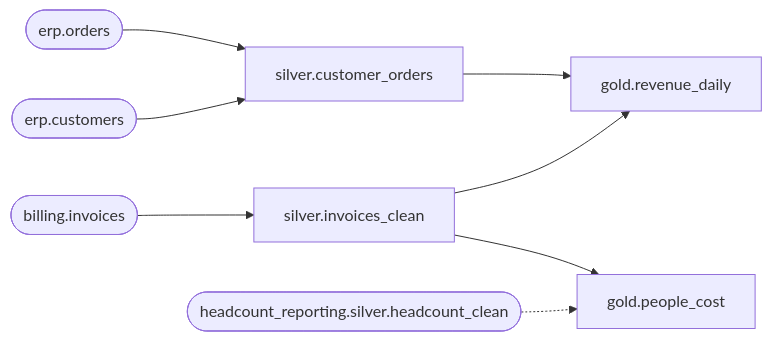
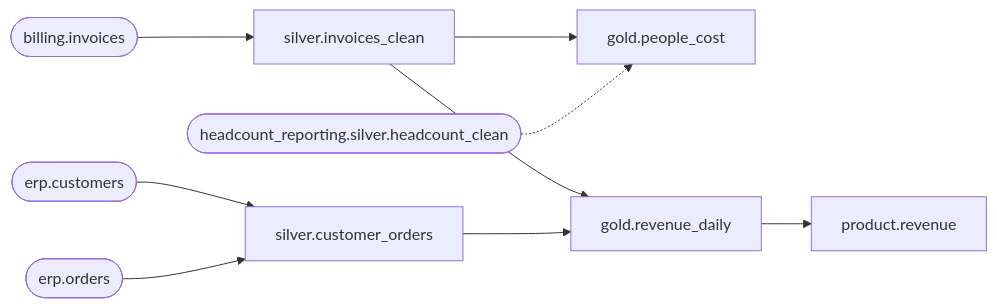
Before and after one commit to NitinKeshavB/framework: the diagram in framework_curation/finance/billing_reporting/PROJECT_MAP.md, drawn with Mermaid. The commit also changed other lines of this file and 24 other files, not shown here.

````diff
--- a/framework_curation/finance/billing_reporting/PROJECT_MAP.md
+++ b/framework_curation/finance/billing_reporting/PROJECT_MAP.md
@@ -29,14 +35,16 @@
 ```mermaid
 flowchart LR
   silver_customer_orders[silver.customer_orders]
   erp_customers([erp.customers]) --> silver_customer_orders
   erp_orders([erp.orders]) --> silver_customer_orders
   silver_invoices_clean[silver.invoices_clean]
   billing_invoices([billing.invoices]) --> silver_invoices_clean
   gold_people_cost[gold.people_cost]
   silver_invoices_clean --> gold_people_cost
   headcount_reporting_silver_headcount_clean([headcount_reporting.silver.headcount_clean]) -.-> gold_people_cost
   gold_revenue_daily[gold.revenue_daily]
   silver_invoices_clean --> gold_revenue_daily
   silver_customer_orders --> gold_revenue_daily
+  product_revenue[product.revenue]
+  gold_revenue_daily --> product_revenue
 ```
````
